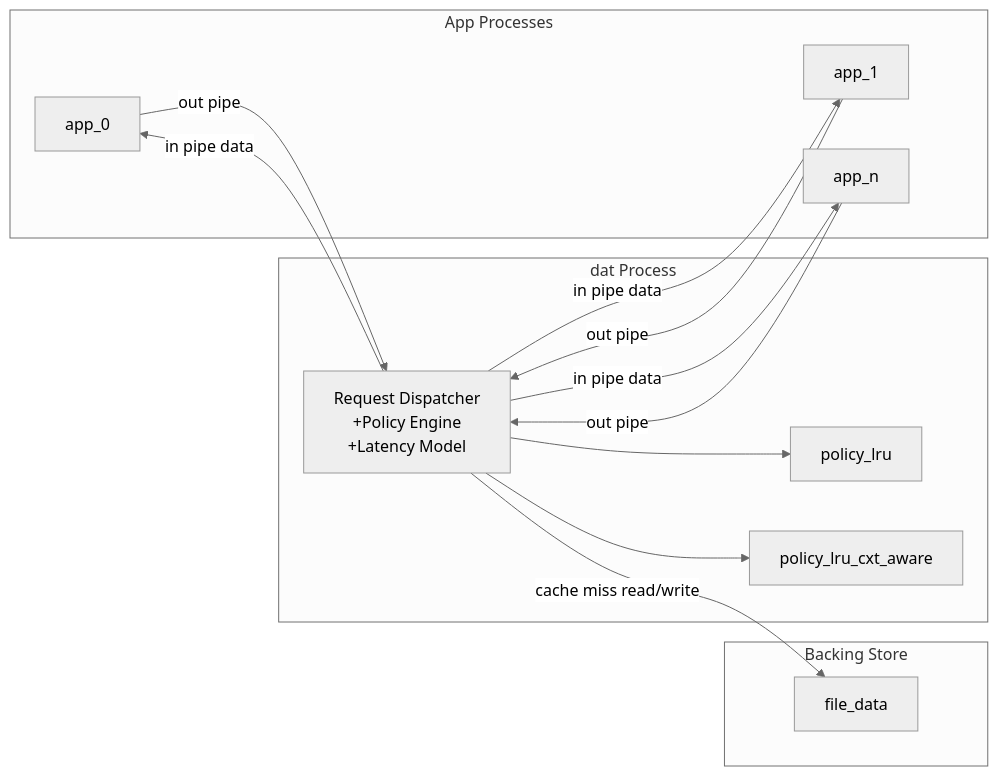
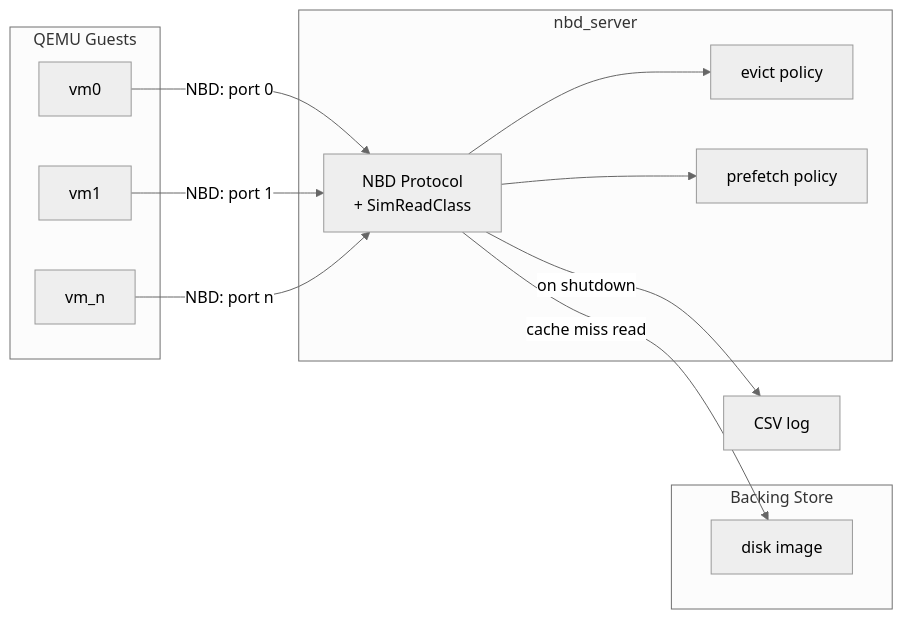
One commit to Jzhyang1/newexp2 changed the diagram in README.md. Above: the diagram before and after it, drawn with Mermaid (neutral theme). The commit also changed other lines of this file and 12 other files, not shown here.

````diff
--- a/README.md
+++ b/README.md
@@ -15,30 +21,27 @@
 ```mermaid
 flowchart LR
-	subgraph Apps[App Processes]
-		A0[app_0]
-		A1[app_1]
-		AN[app_n]
+	subgraph VMs[QEMU Guests]
+		V0[vm0]
+		V1[vm1]
+		VN[vm_n]
 	end
 
-	subgraph CacheNode[dat Process]
-		D[Request Dispatcher\n+Policy Engine\n+Latency Model]
-		P1[policy_lru]
-		P2[policy_lru_cxt_aware]
+	subgraph Server[nbd_server]
+		N[NBD Protocol\n+ SimReadClass]
+		P1[evict policy]
+		P2[prefetch policy]
 	end
 
-	subgraph Remote[Backing Store]
-		F[file_data]
+	subgraph Disk[Backing Store]
+		F[disk image]
 	end
 
-	A0 -->|out pipe| D
-	A1 -->|out pipe| D
-	AN -->|out pipe| D
+	V0 -->|NBD: port 0| N
+	V1 -->|NBD: port 1| N
+	VN -->|NBD: port n| N
 
-	D -->|in pipe data| A0
-	D -->|in pipe data| A1
-	D -->|in pipe data| AN
-
-	D --> P1
-	D --> P2
-	D -->|cache miss read/write| F
+	N --> P1
+	N --> P2
+	N -->|cache miss read| F
+	N -->|on shutdown| L[CSV log]
 ```
````
